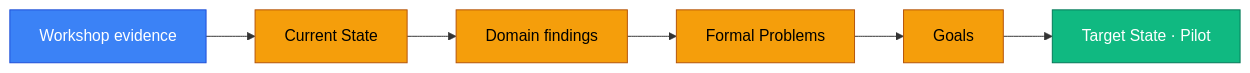
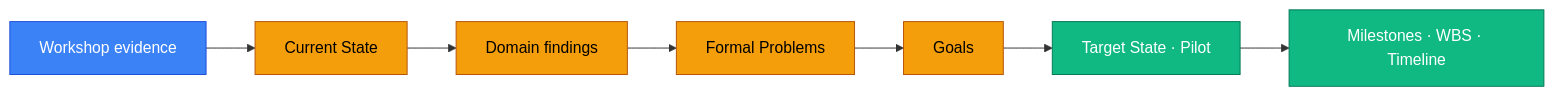
Before and after one commit to DataArt/adlc-discovery-tool: the second of 2 diagrams in docs/AI SDLC/01 Engagement/07 Contribution/06 Quick Walkthrough.md, drawn with Mermaid. The commit also changed other lines of this file and 45 other files, not shown here.

````diff
--- a/docs/AI SDLC/01 Engagement/07 Contribution/06 Quick Walkthrough.md
+++ b/docs/AI SDLC/01 Engagement/07 Contribution/06 Quick Walkthrough.md
@@ -72,12 +81,12 @@
 ```mermaid
 flowchart LR
-    WS["Workshop evidence"] --> CS["Current State"] --> DOM["Domain findings"] --> PROB["Formal Problems"] --> GOAL["Goals"] --> SOL["Target State · Pilot"]
+    WS["Workshop evidence"] --> CS["Current State"] --> DOM["Domain findings"] --> PROB["Formal Problems"] --> GOAL["Goals"] --> SOL["Target State · Pilot"] --> ROAD["Milestones · WBS · Timeline"]
 
     classDef evidence fill:#3B82F6,stroke:#1D4ED8,color:#fff
     classDef assessed fill:#F59E0B,stroke:#B45309,color:#000
     classDef outcome fill:#10B981,stroke:#047857,color:#fff
 
     class WS evidence
     class CS,DOM,PROB,GOAL assessed
-    class SOL outcome
+    class SOL,ROAD outcome
 ```
````
